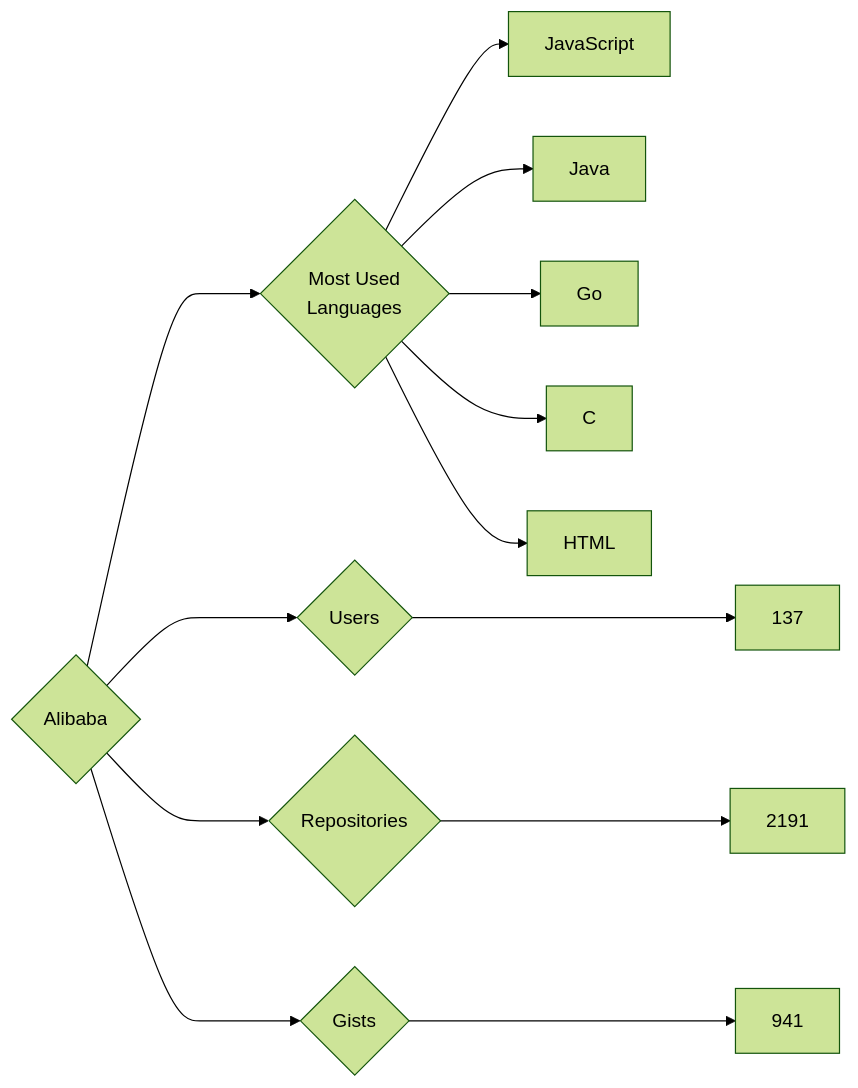
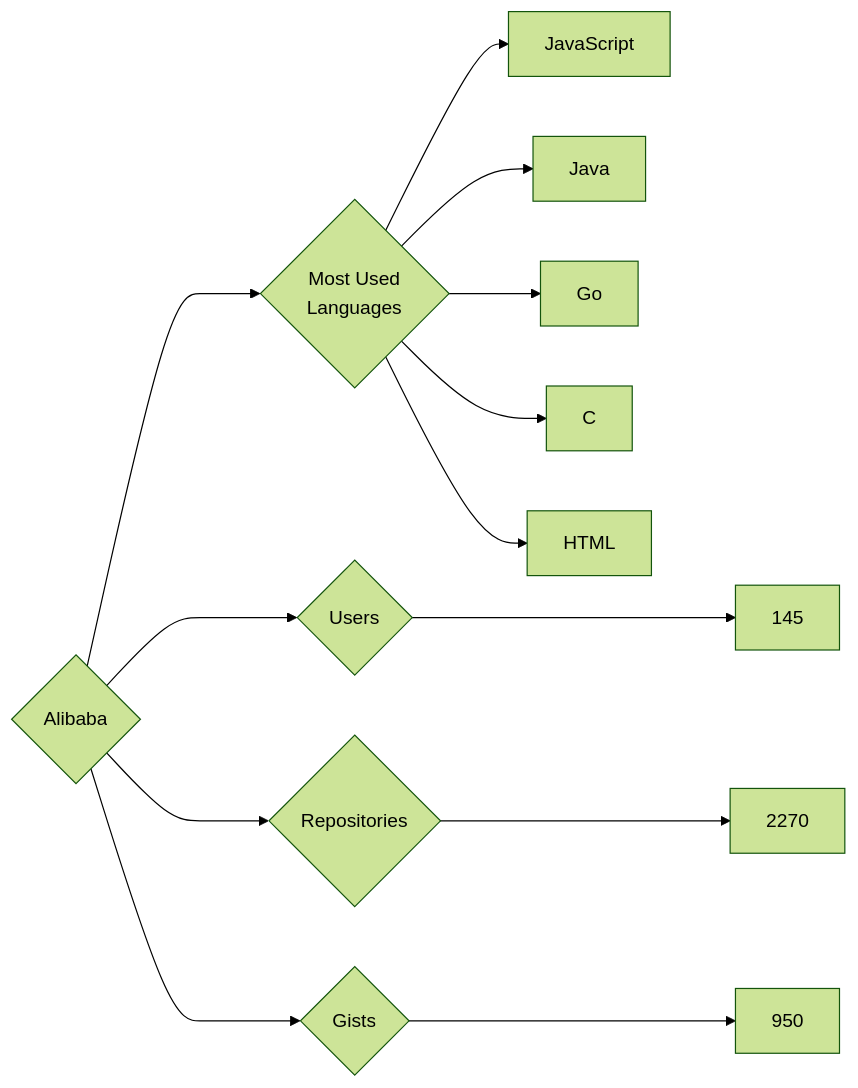
The diagram in targets/Alibaba/README.md (trickest/insiders), drawn with Mermaid (forest theme) before and after one commit. The commit also changed 657 other files, not shown here.

````diff
--- a/targets/Alibaba/README.md
+++ b/targets/Alibaba/README.md
@@ -3,13 +3,13 @@
 ```mermaid
 graph LR
 COMPANY_NAME{Alibaba}
-COMPANY_NAME ---> U{Users} ---> UN[137]
-COMPANY_NAME ---> R{Repositories} ---> RN[2191]
-COMPANY_NAME ---> G{Gists} ---> GN[941]
+COMPANY_NAME ---> U{Users} ---> UN[145]
+COMPANY_NAME ---> R{Repositories} ---> RN[2270]
+COMPANY_NAME ---> G{Gists} ---> GN[950]
 COMPANY_NAME ---> ML{Most Used<br>Languages}
 ML --> JavaScript[JavaScript]
 ML --> Java[Java]
 ML --> Go[Go]
 ML --> C[C]
 ML --> HTML[HTML]
 ```
````
